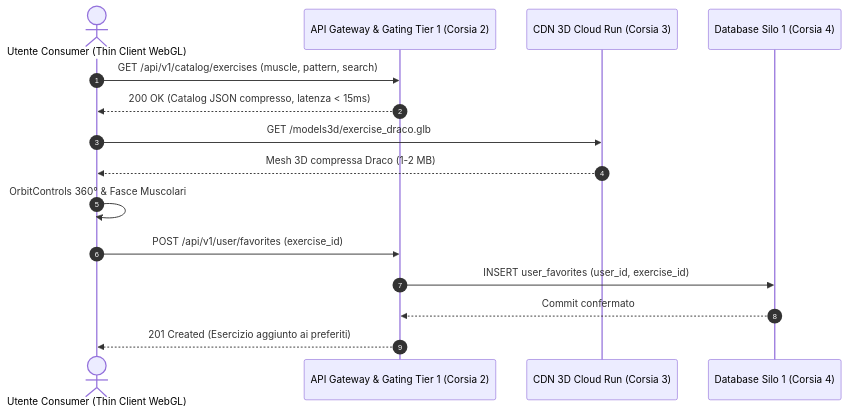
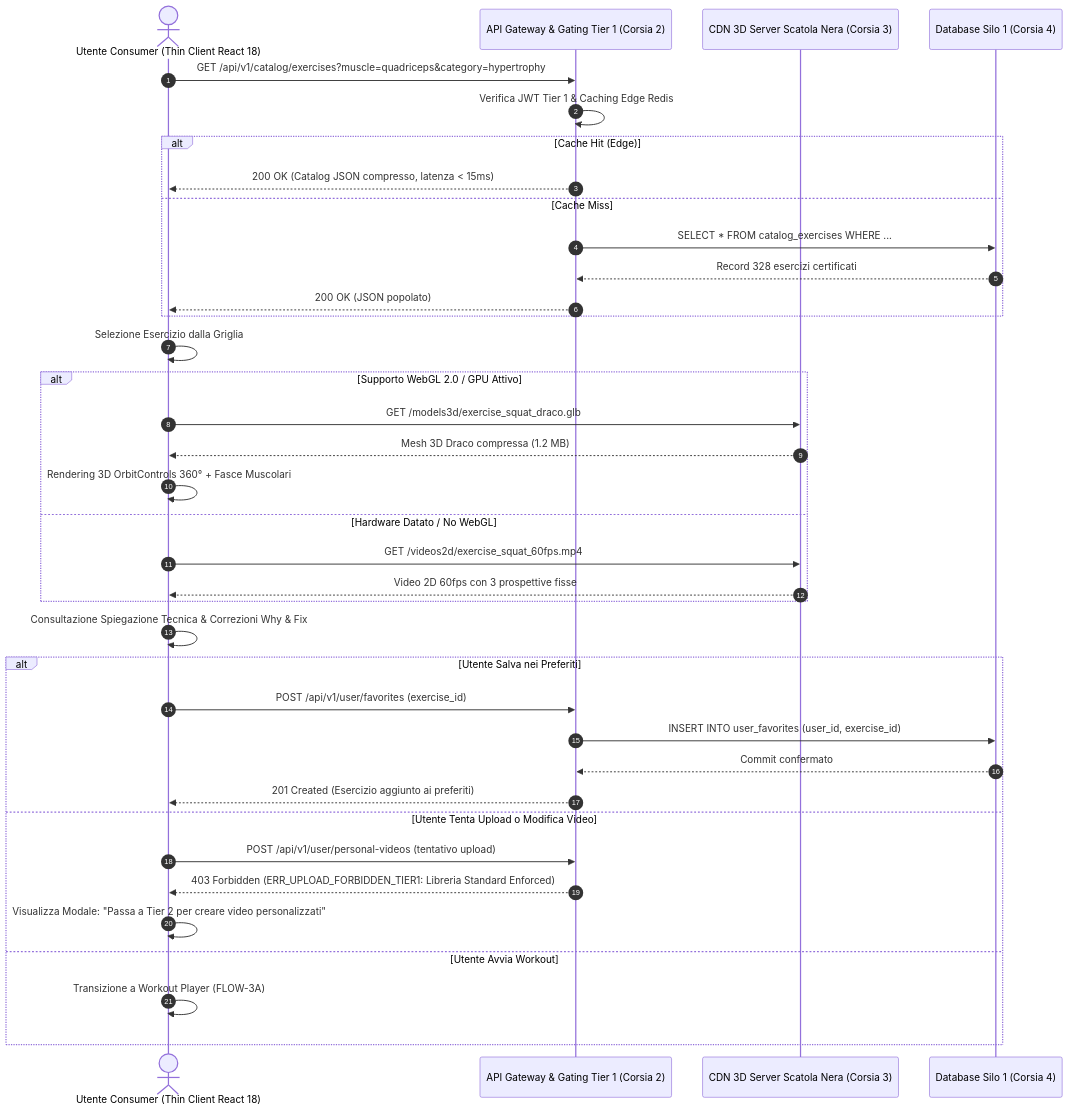
Before and after one commit to sportscience2025-star/Sports-Analytics-Platform---T7-Workout-APP: the diagram in architecture-blueprint/00-capitolato-tecnico-e-glossario/02-software-1-flow-2a-personal-cockpit.md, drawn with Mermaid. The commit also changed other lines of this file and 16 other files, not shown here.

Commit message:
feat(miro): align Col 3 flowcharts #03, #09, #15 to 3-tiers programming specifications and readiness section

````diff
--- a/architecture-blueprint/00-capitolato-tecnico-e-glossario/02-software-1-flow-2a-personal-cockpit.md
+++ b/architecture-blueprint/00-capitolato-tecnico-e-glossario/02-software-1-flow-2a-personal-cockpit.md
@@ -56,18 +62,43 @@
 ```mermaid
 sequenceDiagram
     autonumber
-    actor Utente as Utente Consumer (Thin Client WebGL)
+    actor Utente as Utente Consumer (Thin Client React 18)
     participant GW as API Gateway & Gating Tier 1 (Corsia 2)
-    participant CDN as CDN 3D Cloud Run (Corsia 3)
+    participant CDN as CDN 3D Server Scatola Nera (Corsia 3)
     participant DB as Database Silo 1 (Corsia 4)
 
-    Utente->>GW: GET /api/v1/catalog/exercises (muscle, pattern, search)
-    GW-->>Utente: 200 OK (Catalog JSON compresso, latenza < 15ms)
-    Utente->>CDN: GET /models3d/exercise_draco.glb
-    CDN-->>Utente: Mesh 3D compressa Draco (1-2 MB)
-    Utente->>Utente: OrbitControls 360° & Fasce Muscolari
-    Utente->>GW: POST /api/v1/user/favorites (exercise_id)
-    GW->>DB: INSERT user_favorites (user_id, exercise_id)
-    DB-->>GW: Commit confermato
-    GW-->>Utente: 201 Created (Esercizio aggiunto ai preferiti)
+    Utente->>GW: GET /api/v1/catalog/exercises?muscle=quadriceps&category=hypertrophy
+    GW->>GW: Verifica JWT Tier 1 & Caching Edge Redis
+    alt Cache Hit (Edge)
+        GW-->>Utente: 200 OK (Catalog JSON compresso, latenza < 15ms)
+    else Cache Miss
+        GW->>DB: SELECT * FROM catalog_exercises WHERE ...
+        DB-->>GW: Record 328 esercizi certificati
+        GW-->>Utente: 200 OK (JSON popolato)
+    end
+
+    Utente->>Utente: Selezione Esercizio dalla Griglia
+    alt Supporto WebGL 2.0 / GPU Attivo
+        Utente->>CDN: GET /models3d/exercise_squat_draco.glb
+        CDN-->>Utente: Mesh 3D Draco compressa (1.2 MB)
+        Utente->>Utente: Rendering 3D OrbitControls 360° + Fasce Muscolari
+    else Hardware Datato / No WebGL
+        Utente->>CDN: GET /videos2d/exercise_squat_60fps.mp4
+        CDN-->>Utente: Video 2D 60fps con 3 prospettive fisse
+    end
+
+    Utente->>Utente: Consultazione Spiegazione Tecnica & Correzioni Why & Fix
+    
+    alt Utente Salva nei Preferiti
+        Utente->>GW: POST /api/v1/user/favorites (exercise_id)
+        GW->>DB: INSERT INTO user_favorites (user_id, exercise_id)
+        DB-->>GW: Commit confermato
+        GW-->>Utente: 201 Created (Esercizio aggiunto ai preferiti)
+    else Utente Tenta Upload o Modifica Video
+        Utente->>GW: POST /api/v1/user/personal-videos (tentativo upload)
+        GW-->>Utente: 403 Forbidden (ERR_UPLOAD_FORBIDDEN_TIER1: Libreria Standard Enforced)
+        Utente->>Utente: Visualizza Modale: "Passa a Tier 2 per creare video personalizzati"
+    else Utente Avvia Workout
+        Utente->>Utente: Transizione a Workout Player (FLOW-3A)
+    end
 ```
````
